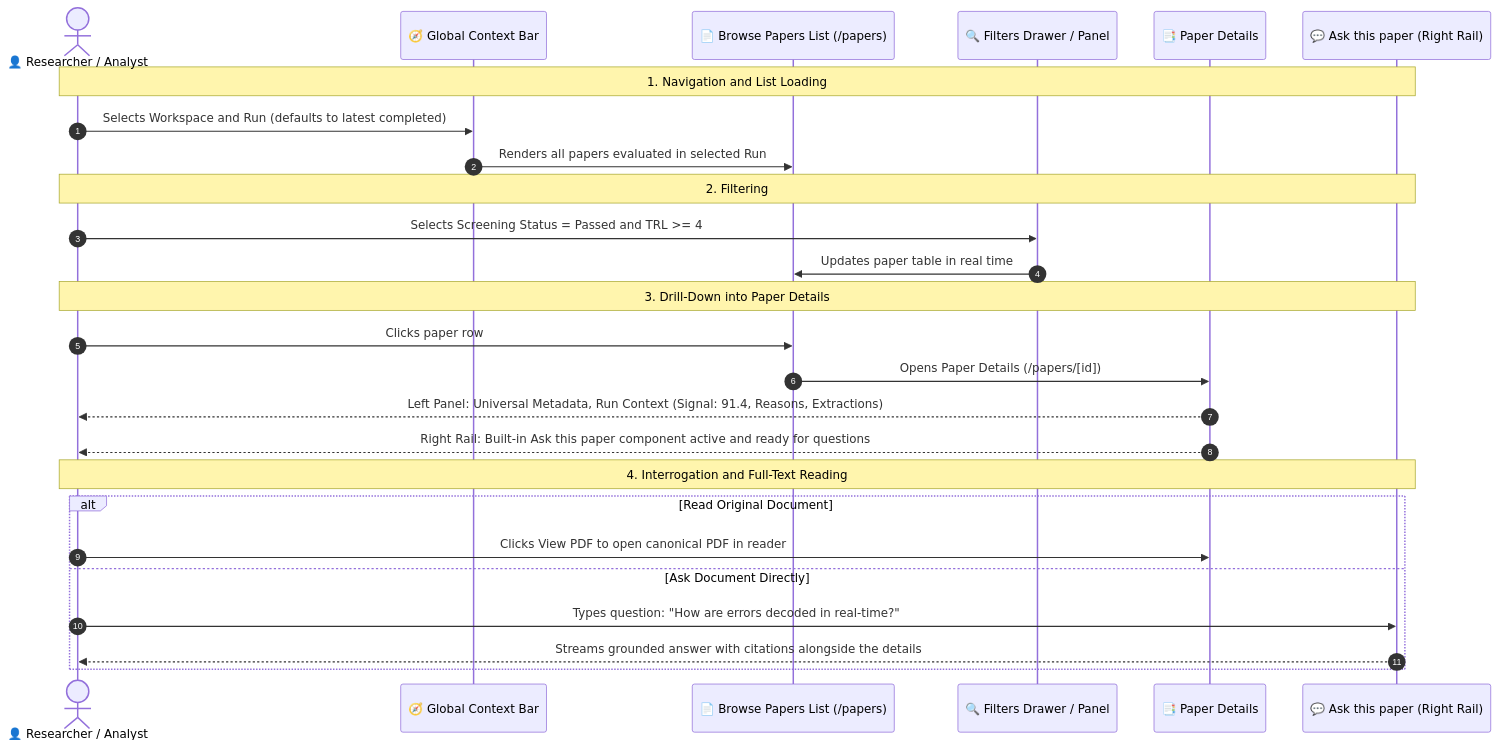
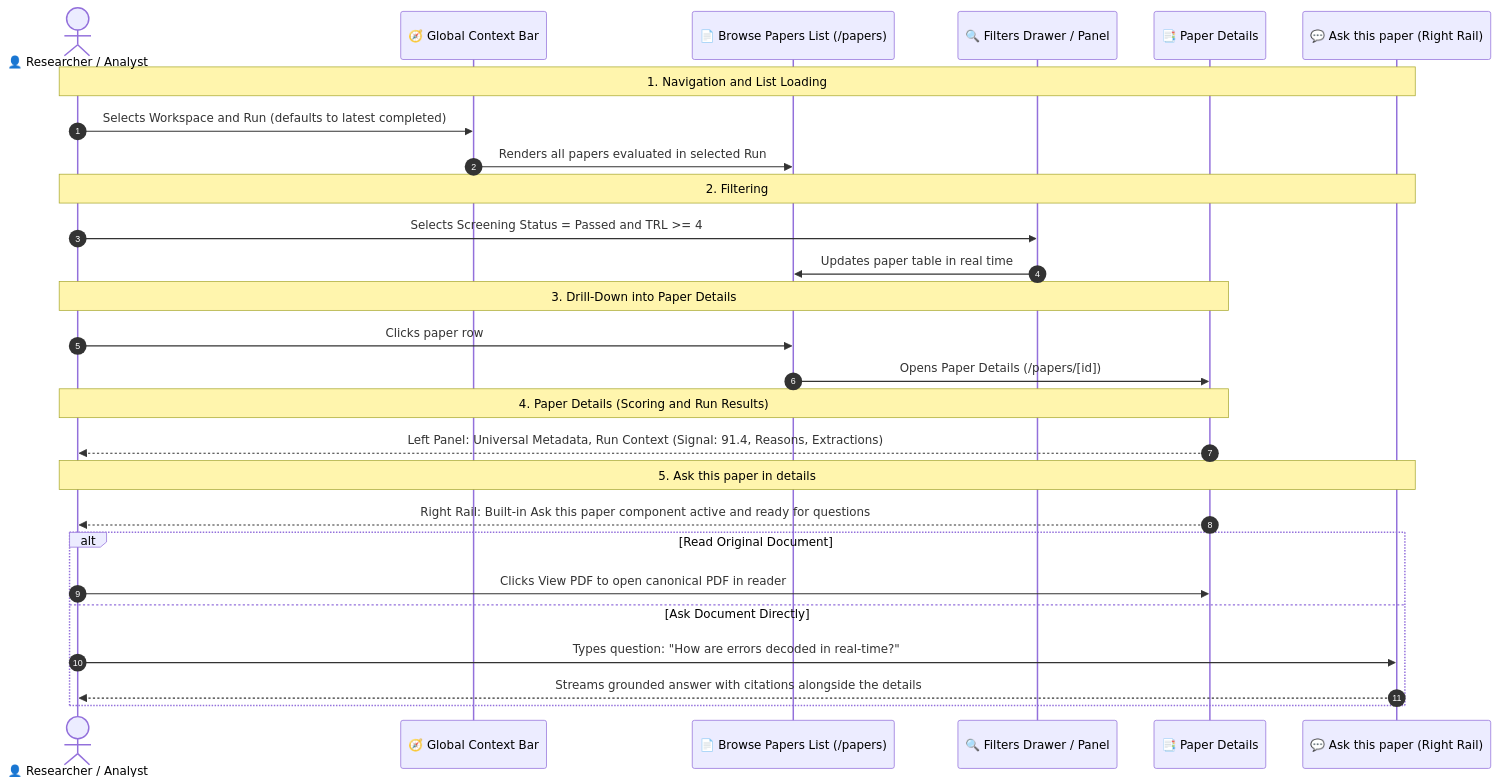
One commit to p4ku/research-intelligence changed the second of 6 diagrams in docs/user_journeys/stage_2_user_journeys.md. Above: the diagram before and after it, drawn with Mermaid. The commit also changed other lines of this file, not shown here.

Commit message:
docs: split Paper Details and Ask this paper in details into separate notes in Diagram 3.2 and 4.2

````diff
--- a/docs/user_journeys/stage_2_user_journeys.md
+++ b/docs/user_journeys/stage_2_user_journeys.md
@@ -135,32 +137,34 @@
 ```mermaid
 sequenceDiagram
     autonumber
     actor User as 👤 Researcher / Analyst
     participant TopBar as 🧭 Global Context Bar
     participant PapersList as 📄 Browse Papers List (/papers)
     participant Filters as 🔍 Filters Drawer / Panel
     participant DetailsPage as 📑 Paper Details
     participant PaperChat as 💬 Ask this paper (Right Rail)
 
     Note over User,PaperChat: 1. Navigation and List Loading
     User->>TopBar: Selects Workspace and Run (defaults to latest completed)
     TopBar->>PapersList: Renders all papers evaluated in selected Run
 
     Note over User,PaperChat: 2. Filtering
     User->>Filters: Selects Screening Status = Passed and TRL >= 4
     Filters->>PapersList: Updates paper table in real time
 
-    Note over User,PaperChat: 3. Drill-Down into Paper Details
+    Note over User,DetailsPage: 3. Drill-Down into Paper Details
     User->>PapersList: Clicks paper row
     PapersList->>DetailsPage: Opens Paper Details (/papers/[id])
+
+    Note over User,DetailsPage: 4. Paper Details (Scoring and Run Results)
     DetailsPage-->>User: Left Panel: Universal Metadata, Run Context (Signal: 91.4, Reasons, Extractions)
+
+    Note over User,PaperChat: 5. Ask this paper in details
     DetailsPage-->>User: Right Rail: Built-in Ask this paper component active and ready for questions
-
-    Note over User,PaperChat: 4. Interrogation and Full-Text Reading
     alt Read Original Document
         User->>DetailsPage: Clicks View PDF to open canonical PDF in reader
     else Ask Document Directly
         User->>PaperChat: Types question: "How are errors decoded in real-time?"
         PaperChat-->>User: Streams grounded answer with citations alongside the details
     end
 ```
````
